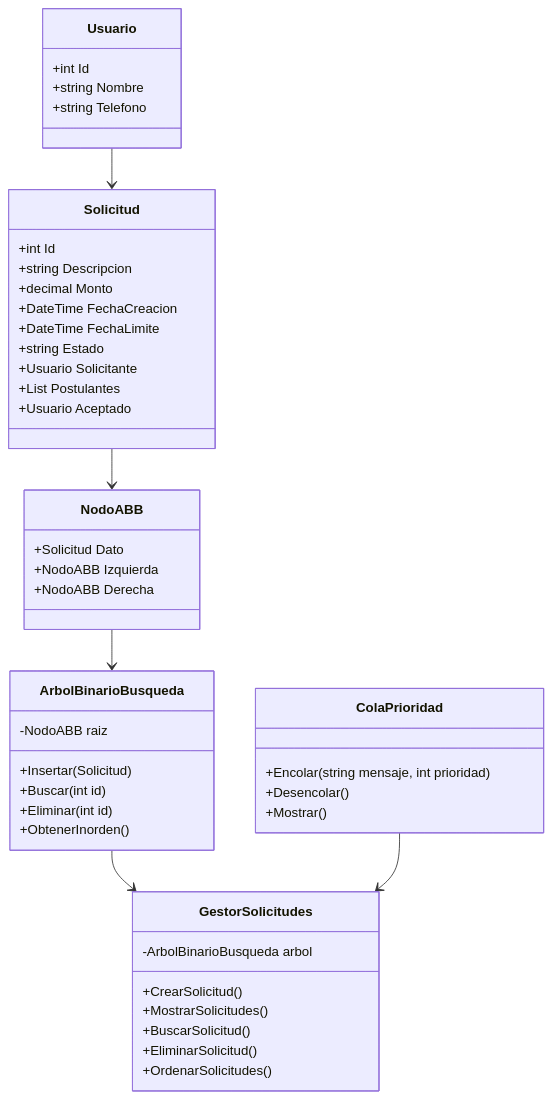
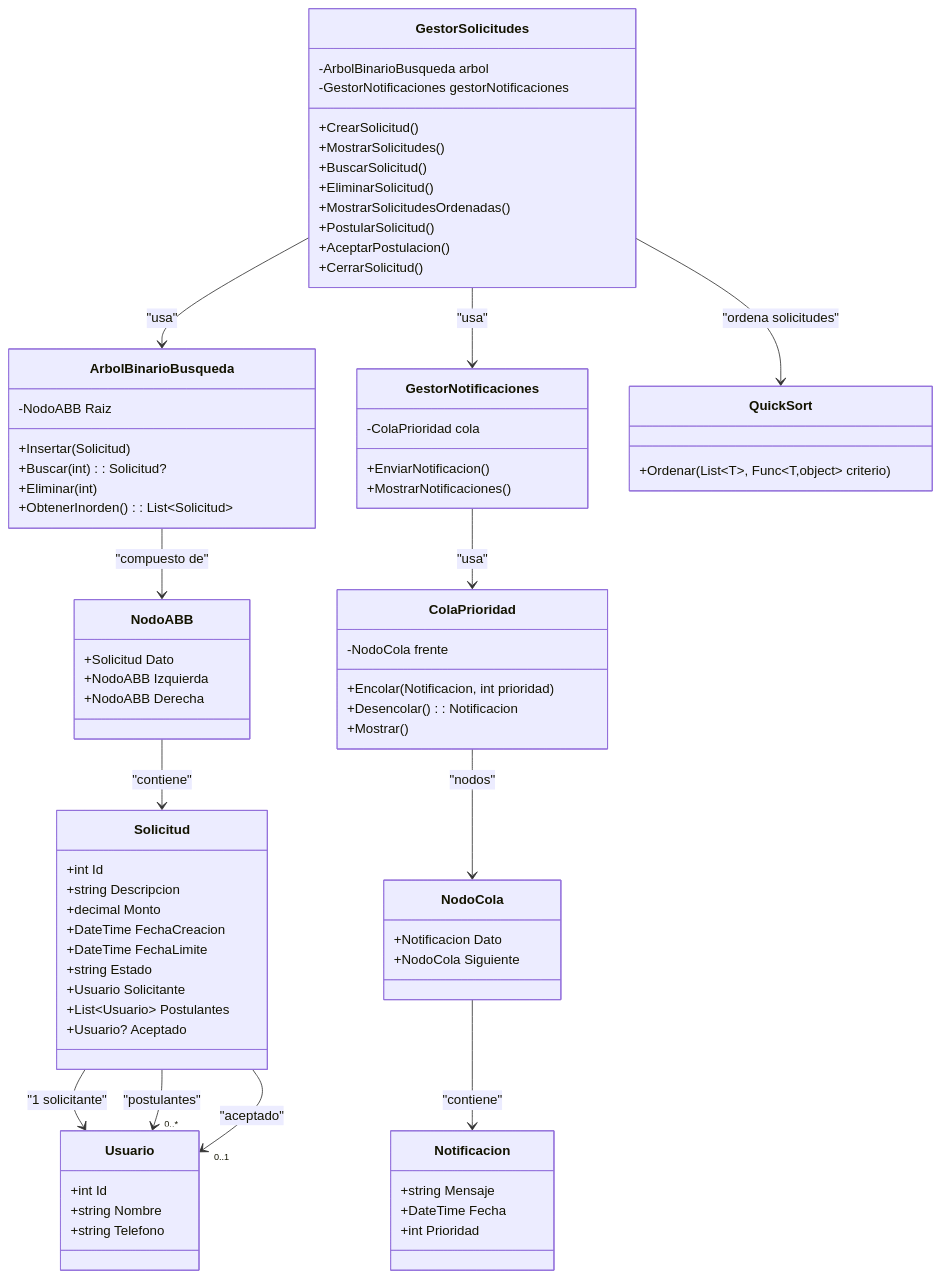
One commit to Isabel-0601/estructura-datos-grupo1 changed the first of 3 diagrams in README.md. Above: the diagram before and after it, drawn with Mermaid. The commit also changed other lines of this file, not shown here.

Commit message:
Actualizando la información del README

````diff
--- a/README.md
+++ b/README.md
@@ -380,16 +381,32 @@
         +DateTime FechaLimite
         +string Estado
         +Usuario Solicitante
-        +List<Usuario> Postulantes
-        +Usuario Aceptado
+        +List~Usuario~ Postulantes
+        +Usuario? Aceptado
     }
 
-    class ArbolBinarioBusqueda {
-        -NodoABB raiz
-        +Insertar(Solicitud)
-        +Buscar(int id)
-        +Eliminar(int id)
-        +ObtenerInorden()
+    class Notificacion {
+        +string Mensaje
+        +DateTime Fecha
+        +int Prioridad
+    }
+
+    class NodoCola {
+        +Notificacion Dato
+        +NodoCola Siguiente
+    }
+
+    class ColaPrioridad {
+        -NodoCola frente
+        +Encolar(Notificacion, int prioridad)
+        +Desencolar(): Notificacion
+        +Mostrar()
+    }
+
+    class GestorNotificaciones {
+        -ColaPrioridad cola
+        +EnviarNotificacion()
+        +MostrarNotificaciones()
     }
 
     class NodoABB {
@@ -398,25 +415,44 @@
         +NodoABB Derecha
     }
 
+    class ArbolBinarioBusqueda {
+        -NodoABB Raiz
+        +Insertar(Solicitud)
+        +Buscar(int): Solicitud?
+        +Eliminar(int)
+        +ObtenerInorden(): List~Solicitud~
+    }
+
     class GestorSolicitudes {
         -ArbolBinarioBusqueda arbol
+        -GestorNotificaciones gestorNotificaciones
         +CrearSolicitud()
         +MostrarSolicitudes()
         +BuscarSolicitud()
         +EliminarSolicitud()
-        +OrdenarSolicitudes()
+        +MostrarSolicitudesOrdenadas()
+        +PostularSolicitud()
+        +AceptarPostulacion()
+        +CerrarSolicitud()
     }
 
-    class ColaPrioridad {
-        +Encolar(string mensaje, int prioridad)
-        +Desencolar()
-        +Mostrar()
+    class QuickSort {
+        +Ordenar(List~T~, Func~T,object~ criterio)
     }
 
-    Usuario --> Solicitud
-    Solicitud --> NodoABB
-    NodoABB --> ArbolBinarioBusqueda
-    ArbolBinarioBusqueda --> GestorSolicitudes
-    ColaPrioridad --> GestorSolicitudes
+    %% Relaciones
+    Solicitud --> Usuario : "1 solicitante"
+    Solicitud --> "0..*" Usuario : "postulantes"
+    Solicitud --> "0..1" Usuario : "aceptado"
 
+    ArbolBinarioBusqueda --> NodoABB : "compuesto de"
+    NodoABB --> Solicitud : "contiene"
+
+    GestorSolicitudes --> ArbolBinarioBusqueda : "usa"
+    GestorSolicitudes --> GestorNotificaciones : "usa"
+    GestorSolicitudes --> QuickSort : "ordena solicitudes"
+
+    GestorNotificaciones --> ColaPrioridad : "usa"
+    ColaPrioridad --> NodoCola : "nodos"
+    NodoCola --> Notificacion : "contiene"
 ```
````
